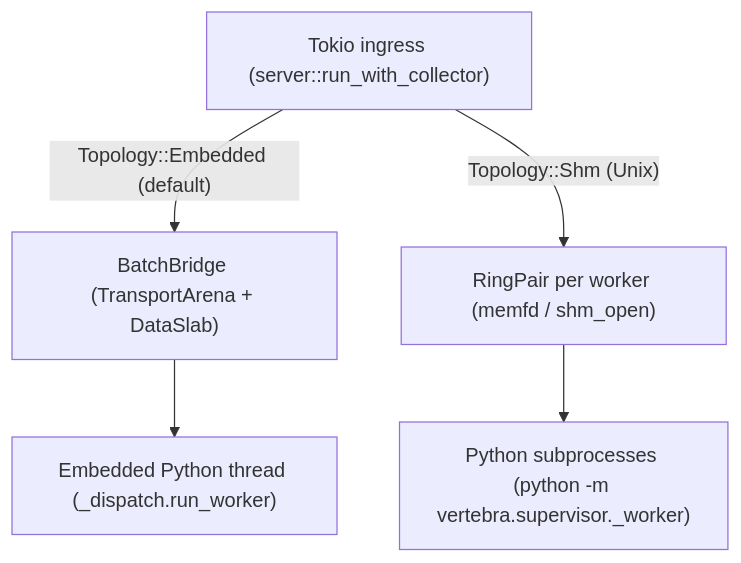
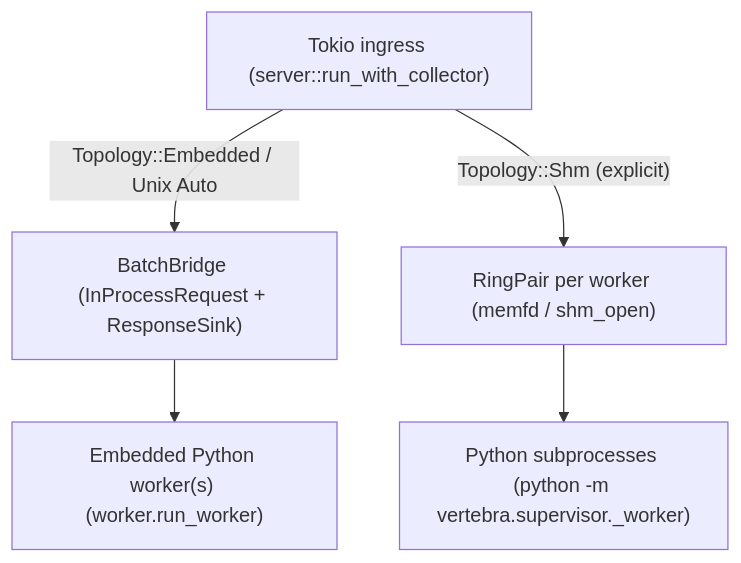
Before and after one commit to cofin/vertebra: the diagram in .agents/bundles/knowledge/architecture/runtime/topologies-and-embedding.md, drawn with Mermaid. The commit also changed other lines of this file and 159 other files, not shown here.

First line of the commit message:
perf(runtime): overhaul IPC, ingress, PyO3 batch drivers, and Python 3.15 support (#45)

````diff
--- a/.agents/bundles/knowledge/architecture/runtime/topologies-and-embedding.md
+++ b/.agents/bundles/knowledge/architecture/runtime/topologies-and-embedding.md
@@ -22,8 +24,8 @@
 ```mermaid
 flowchart TD
     Ingress["Tokio ingress (server::run_with_collector)"]
-    Ingress -->|"Topology::Embedded (default)"| Bridge["BatchBridge (TransportArena + DataSlab)"]
-    Ingress -->|"Topology::Shm (Unix)"| Shm["RingPair per worker (memfd / shm_open)"]
-    Bridge --> PyThread["Embedded Python thread (_dispatch.run_worker)"]
+    Ingress -->|"Topology::Embedded / Unix Auto"| Bridge["BatchBridge (InProcessRequest + ResponseSink)"]
+    Ingress -->|"Topology::Shm (explicit)"| Shm["RingPair per worker (memfd / shm_open)"]
+    Bridge --> PyThread["Embedded Python worker(s) (worker.run_worker)"]
     Shm --> PySub["Python subprocesses (python -m vertebra.supervisor._worker)"]
 ```
````
